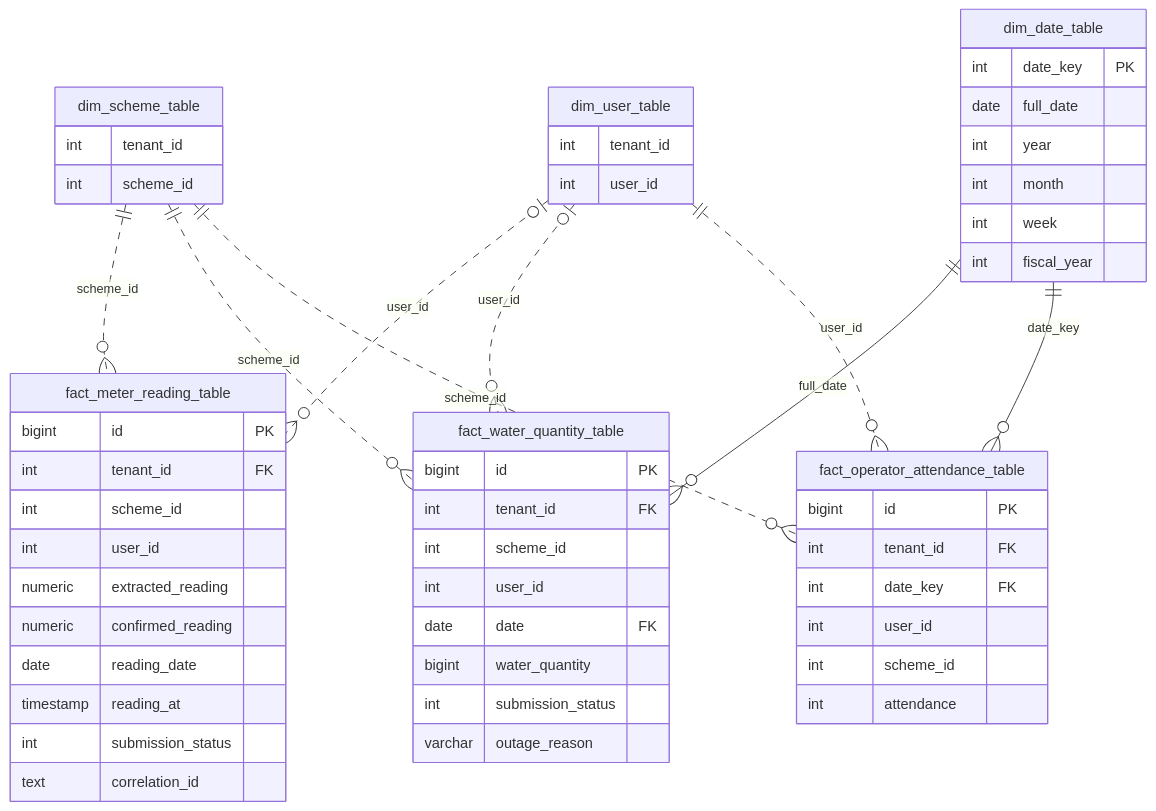
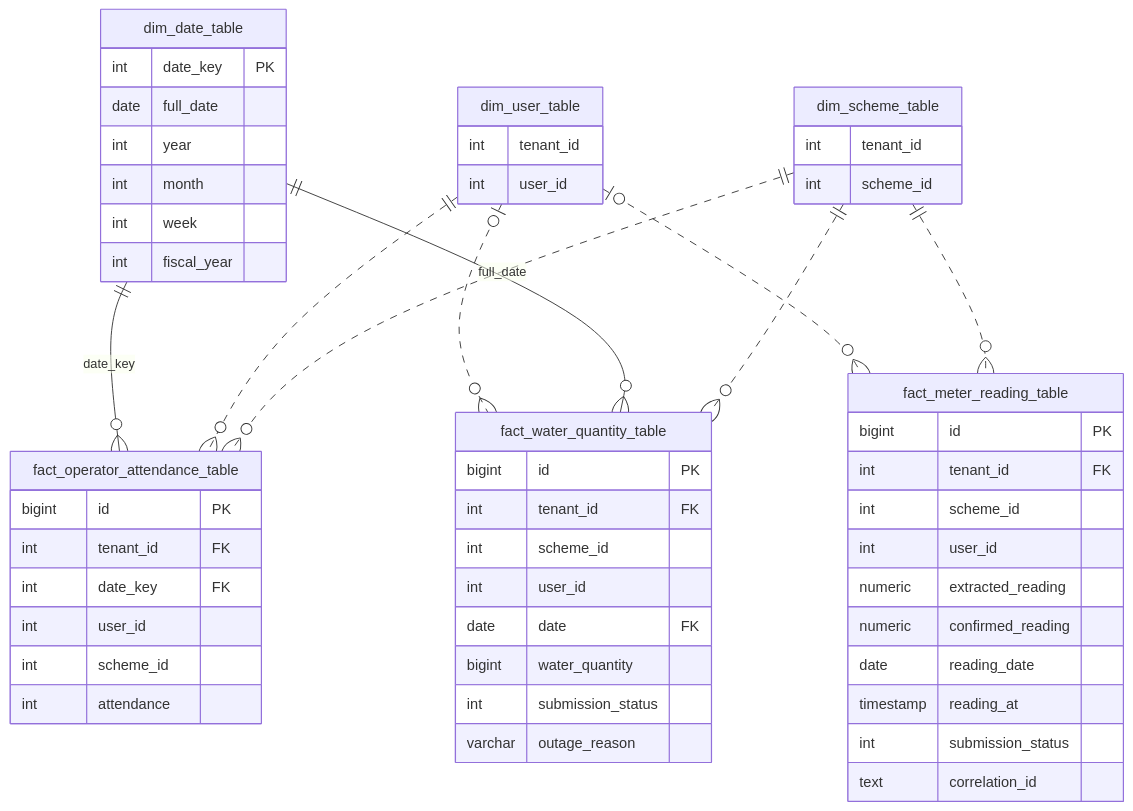
The sixth of 8 diagrams in gitbook/database-er-diagram.md (arghyam/JalSoochak), drawn with Mermaid before and after one commit. The commit also changed other lines of this file, not shown here.

First line of the commit message:
Fix ER diagrams that GitBook's Mermaid renders badly

````diff
--- a/gitbook/database-er-diagram.md
+++ b/gitbook/database-er-diagram.md
@@ -380,58 +382,58 @@
 ```mermaid
 erDiagram
     dim_scheme_table {
         int tenant_id
         int scheme_id
     }
     dim_user_table {
         int tenant_id
         int user_id
     }
     dim_date_table {
         int date_key PK
         date full_date
         int year
         int month
         int week
         int fiscal_year
     }
     fact_meter_reading_table {
         bigint id PK
         int tenant_id FK
         int scheme_id
         int user_id
         numeric extracted_reading
         numeric confirmed_reading
         date reading_date
         timestamp reading_at
         int submission_status
         text correlation_id
     }
     fact_water_quantity_table {
         bigint id PK
         int tenant_id FK
         int scheme_id
         int user_id
         date date FK
         bigint water_quantity
         int submission_status
         varchar outage_reason
     }
     fact_operator_attendance_table {
         bigint id PK
         int tenant_id FK
         int date_key FK
         int user_id
         int scheme_id
         int attendance
     }
 
-    dim_scheme_table ||..o{ fact_meter_reading_table : "scheme_id"
-    dim_user_table |o..o{ fact_meter_reading_table : "user_id"
-    dim_scheme_table ||..o{ fact_water_quantity_table : "scheme_id"
+    dim_scheme_table ||..o{ fact_operator_attendance_table : ""
+    dim_user_table ||..o{ fact_operator_attendance_table : ""
+    dim_date_table ||--o{ fact_operator_attendance_table : "date_key"
+    dim_scheme_table ||..o{ fact_water_quantity_table : ""
     dim_date_table ||--o{ fact_water_quantity_table : "full_date"
-    dim_user_table |o..o{ fact_water_quantity_table : "user_id"
-    dim_scheme_table ||..o{ fact_operator_attendance_table : "scheme_id"
-    dim_user_table ||..o{ fact_operator_attendance_table : "user_id"
-    dim_date_table ||--o{ fact_operator_attendance_table : "date_key"
+    dim_user_table |o..o{ fact_water_quantity_table : ""
+    dim_scheme_table ||..o{ fact_meter_reading_table : ""
+    dim_user_table |o..o{ fact_meter_reading_table : ""
 ```
````
